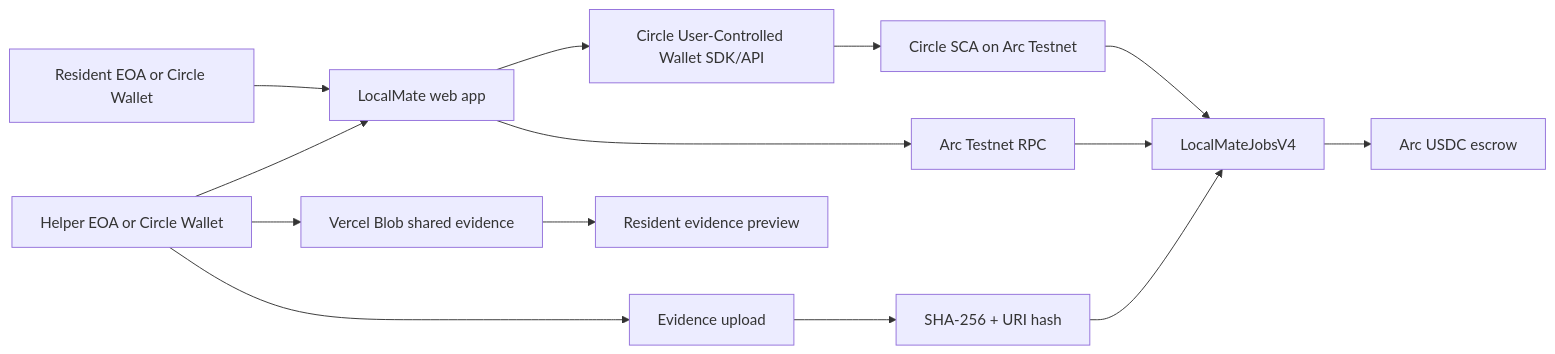
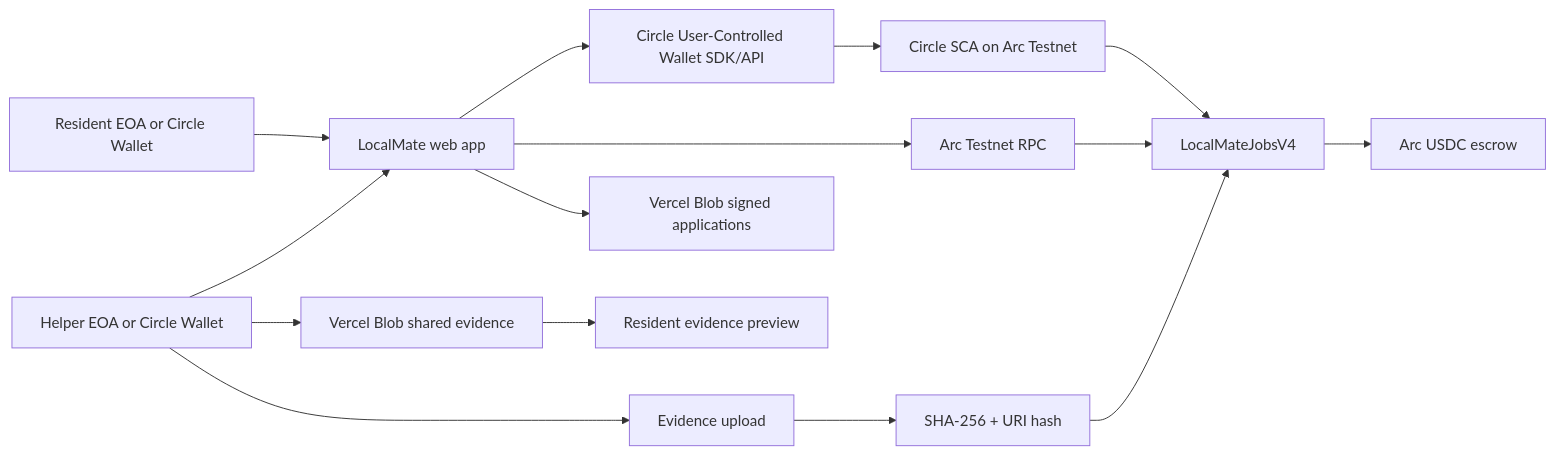
Before and after one commit to eaglebooth/LocalMate-Arc: the diagram in ARCHITECTURE.md, drawn with Mermaid. The commit also changed other lines of this file and 3 other files, not shown here.

Commit message:
Sync signed applications across browsers

````diff
--- a/ARCHITECTURE.md
+++ b/ARCHITECTURE.md
@@ -5,16 +5,17 @@
 ```mermaid
 flowchart LR
   R[Resident EOA or Circle Wallet] --> UI[LocalMate web app]
   H[Helper EOA or Circle Wallet] --> UI
   UI --> C[Circle User-Controlled Wallet SDK/API]
   UI --> RPC[Arc Testnet RPC]
+  UI --> A[Vercel Blob signed applications]
   C --> SCA[Circle SCA on Arc Testnet]
   SCA --> V4[LocalMateJobsV4]
   RPC --> V4
   V4 --> U[Arc USDC escrow]
   H --> B[Vercel Blob shared evidence]
   B --> E[Resident evidence preview]
   H --> E2[Evidence upload]
   E2 --> HASH[SHA-256 + URI hash]
   HASH --> V4
 ```
````
